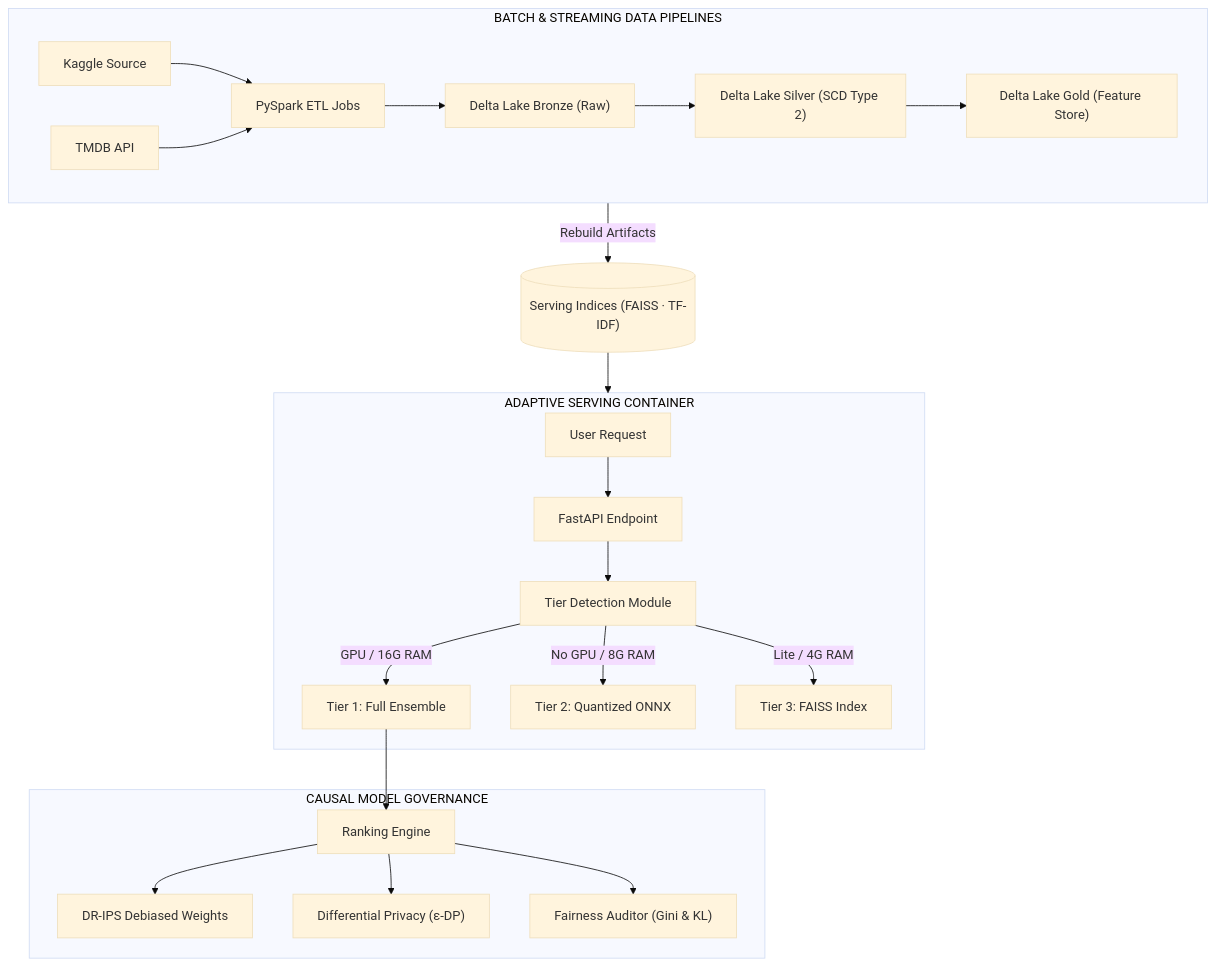
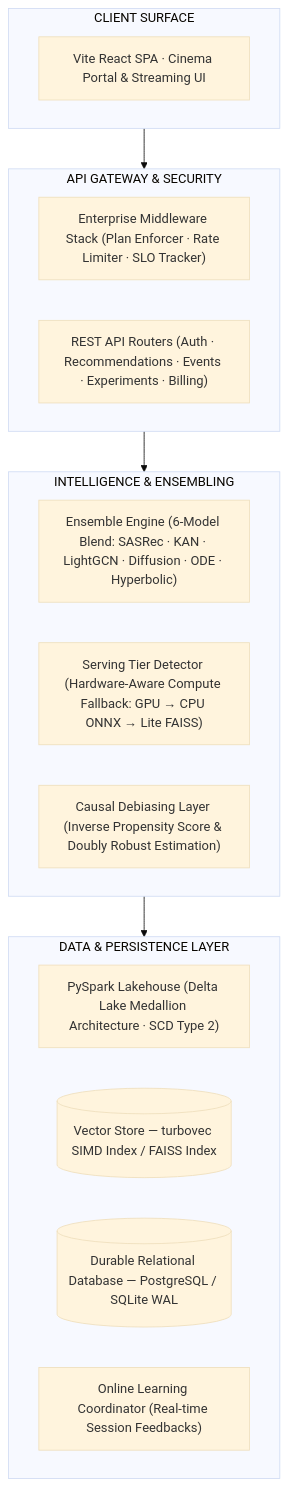
The diagram in README.md (pavan-badempet/Movie-Recommendation-System), drawn with Mermaid (base theme) before and after one commit. The commit also changed other lines of this file, not shown here.

````diff
--- a/README.md
+++ b/README.md
@@ -75,28 +78,28 @@
 ```mermaid
-flowchart TD
-    subgraph DataPipeline["BATCH & STREAMING DATA PIPELINES"]
-        Kaggle["Kaggle Source"] --> ETL["PySpark ETL Jobs"]
-        TMDB["TMDB API"] --> ETL
-        ETL --> Bronze["Delta Lake Bronze (Raw)"]
-        Bronze --> Silver["Delta Lake Silver (SCD Type 2)"]
-        Silver --> Gold["Delta Lake Gold (Feature Store)"]
+graph TB
+    subgraph Client["CLIENT SURFACE"]
+        FE["Vite React SPA · Cinema Portal & Streaming UI"]
     end
 
-    subgraph Serving["ADAPTIVE SERVING CONTAINER"]
-        U["User Request"] --> API["FastAPI Endpoint"]
-        API --> Tier["Tier Detection Module"]
-        Tier -->|GPU / 16G RAM| T1["Tier 1: Full Ensemble"]
-        Tier -->|No GPU / 8G RAM| T2["Tier 2: Quantized ONNX"]
-        Tier -->|Lite / 4G RAM| T3["Tier 3: FAISS Index"]
+    subgraph Gateway["API GATEWAY & SECURITY"]
+        MW["Enterprise Middleware Stack (Plan Enforcer · Rate Limiter · SLO Tracker)"]
+        ROUTERS["REST API Routers (Auth · Recommendations · Events · Experiments · Billing)"]
     end
 
-    subgraph Evaluation["CAUSAL MODEL GOVERNANCE"]
-        T1 --> Rank["Ranking Engine"]
-        Rank --> IPS["DR-IPS Debiased Weights"]
-        Rank --> DP["Differential Privacy (ε-DP)"]
-        Rank --> FA["Fairness Auditor (Gini & KL)"]
+    subgraph Engine["INTELLIGENCE & ENSEMBLING"]
+        EE["Ensemble Engine (6-Model Blend: SASRec · KAN · LightGCN · Diffusion · ODE · Hyperbolic)"]
+        TIER["Serving Tier Detector (Hardware-Aware Compute Fallback: GPU → CPU ONNX → Lite FAISS)"]
+        DBI["Causal Debiasing Layer (Inverse Propensity Score & Doubly Robust Estimation)"]
     end
 
-    DataPipeline -->|Rebuild Artifacts| Artifacts[("Serving Indices (FAISS · TF-IDF)")]
-    Artifacts --> Serving
+    subgraph Data["DATA & PERSISTENCE LAYER"]
+        LAKE["PySpark Lakehouse (Delta Lake Medallion Architecture · SCD Type 2)"]
+        VS[(Vector Store — turbovec SIMD Index / FAISS Index)]
+        SQL[(Durable Relational Database — PostgreSQL / SQLite WAL)]
+        STREAM["Online Learning Coordinator (Real-time Session Feedbacks)"]
+    end
+
+    Client --> Gateway
+    Gateway --> Engine
+    Engine --> Data
 ```
````
